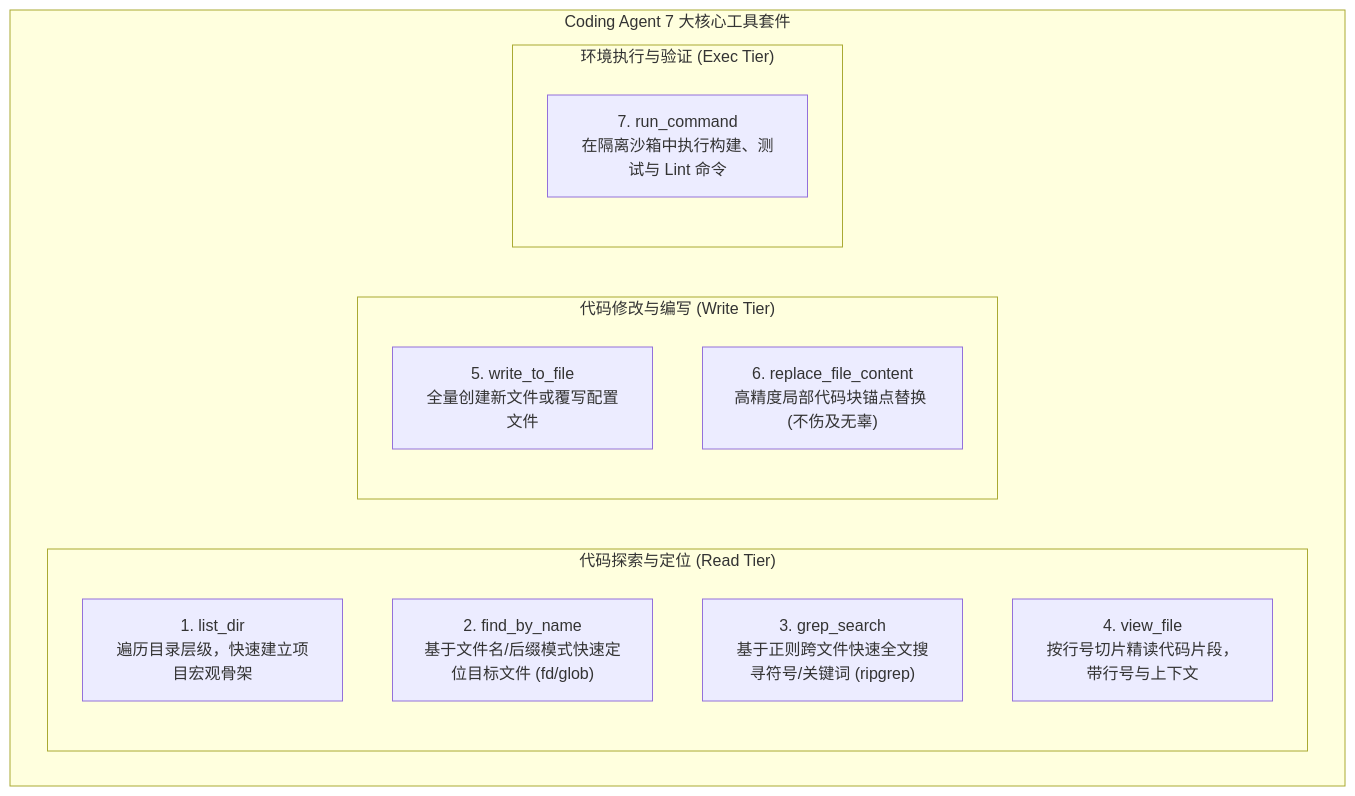
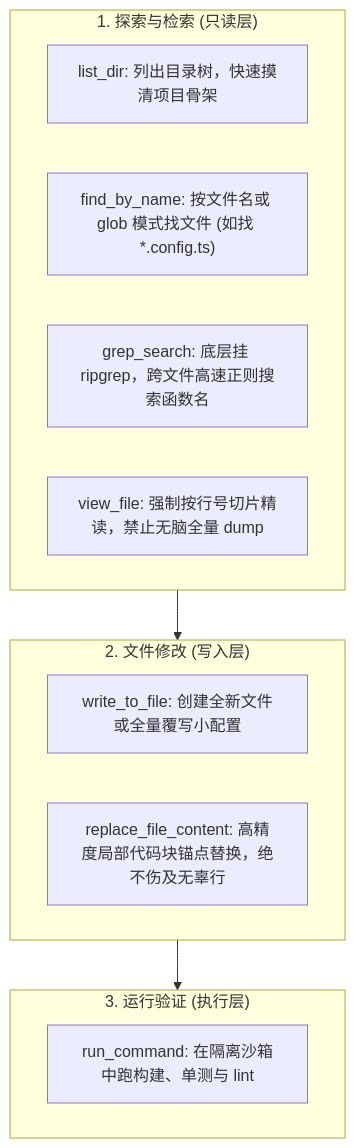
One commit to ljh12138164/ai-agent-study changed the first of 2 diagrams in app/ch05-coding/01-coding-agent-tools/page.mdx. Above: the diagram before and after it, drawn with Mermaid. The commit also changed other lines of this file and 43 other files, not shown here.

````diff
--- a/app/ch05-coding/01-coding-agent-tools/page.mdx
+++ b/app/ch05-coding/01-coding-agent-tools/page.mdx
@@ -14,20 +13,20 @@
 ```mermaid
-graph TD
-    subgraph SevenTools["Coding Agent 7 大核心工具套件"]
-        subgraph Exploration["代码探索与定位 (Read Tier)"]
-            T1["1. list_dir<br/>遍历目录层级，快速建立项目宏观骨架"]
-            T2["2. find_by_name<br/>基于文件名/后缀模式快速定位目标文件 (fd/glob)"]
-            T3["3. grep_search<br/>基于正则跨文件快速全文搜寻符号/关键词 (ripgrep)"]
-            T4["4. view_file<br/>按行号切片精读代码片段，带行号与上下文"]
-        end
-        
-        subgraph Modification["代码修改与编写 (Write Tier)"]
-            T5["5. write_to_file<br/>全量创建新文件或覆写配置文件"]
-            T6["6. replace_file_content<br/>高精度局部代码块锚点替换 (不伤及无辜)"]
-        end
-        
-        subgraph Execution["环境执行与验证 (Exec Tier)"]
-            T7["7. run_command<br/>在隔离沙箱中执行构建、测试与 Lint 命令"]
-        end
+flowchart TD
+    subgraph Read["1. 探索与检索 (只读层)"]
+        T1["list_dir: 列出目录树，快速摸清项目骨架"]
+        T2["find_by_name: 按文件名或 glob 模式找文件 (如找 *.config.ts)"]
+        T3["grep_search: 底层挂 ripgrep，跨文件高速正则搜索函数名"]
+        T4["view_file: 强制按行号切片精读，禁止无脑全量 dump"]
     end
+    
+    subgraph Write["2. 文件修改 (写入层)"]
+        T5["write_to_file: 创建全新文件或全量覆写小配置"]
+        T6["replace_file_content: 高精度局部代码块锚点替换，绝不伤及无辜行"]
+    end
+    
+    subgraph Exec["3. 运行验证 (执行层)"]
+        T7["run_command: 在隔离沙箱中跑构建、单测与 lint"]
+    end
+
+    Read --> Write --> Exec
 ```
````
